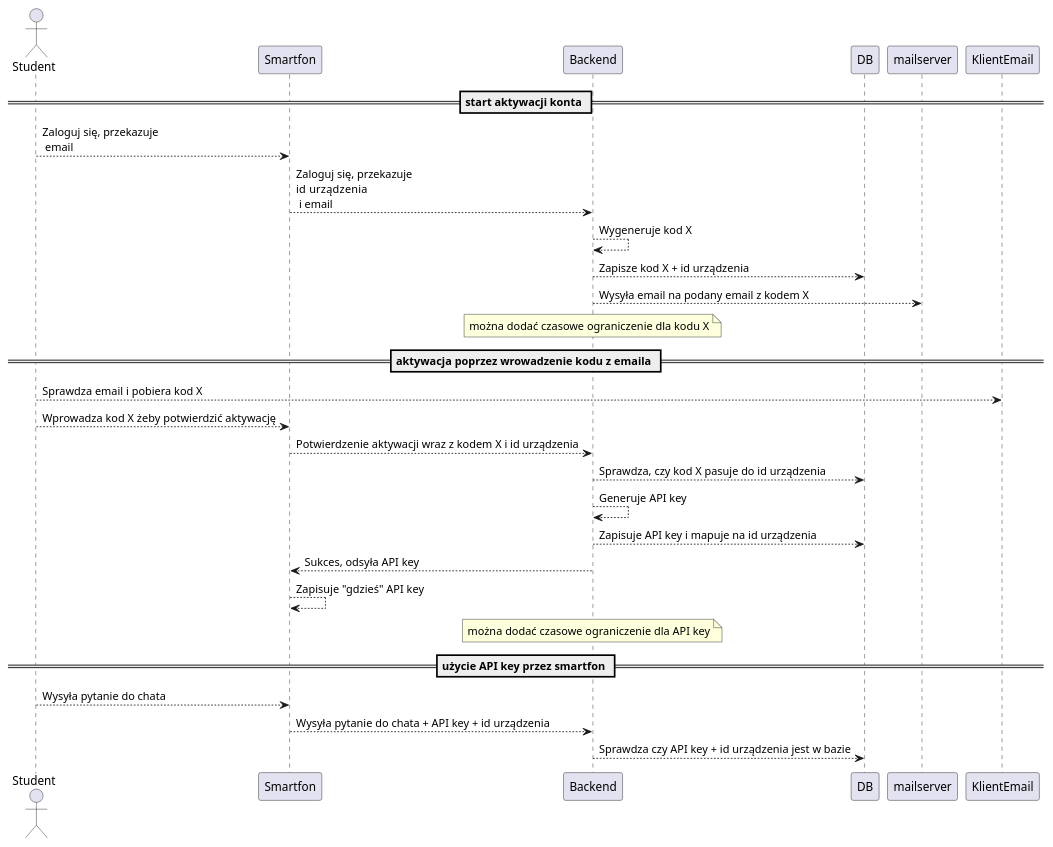
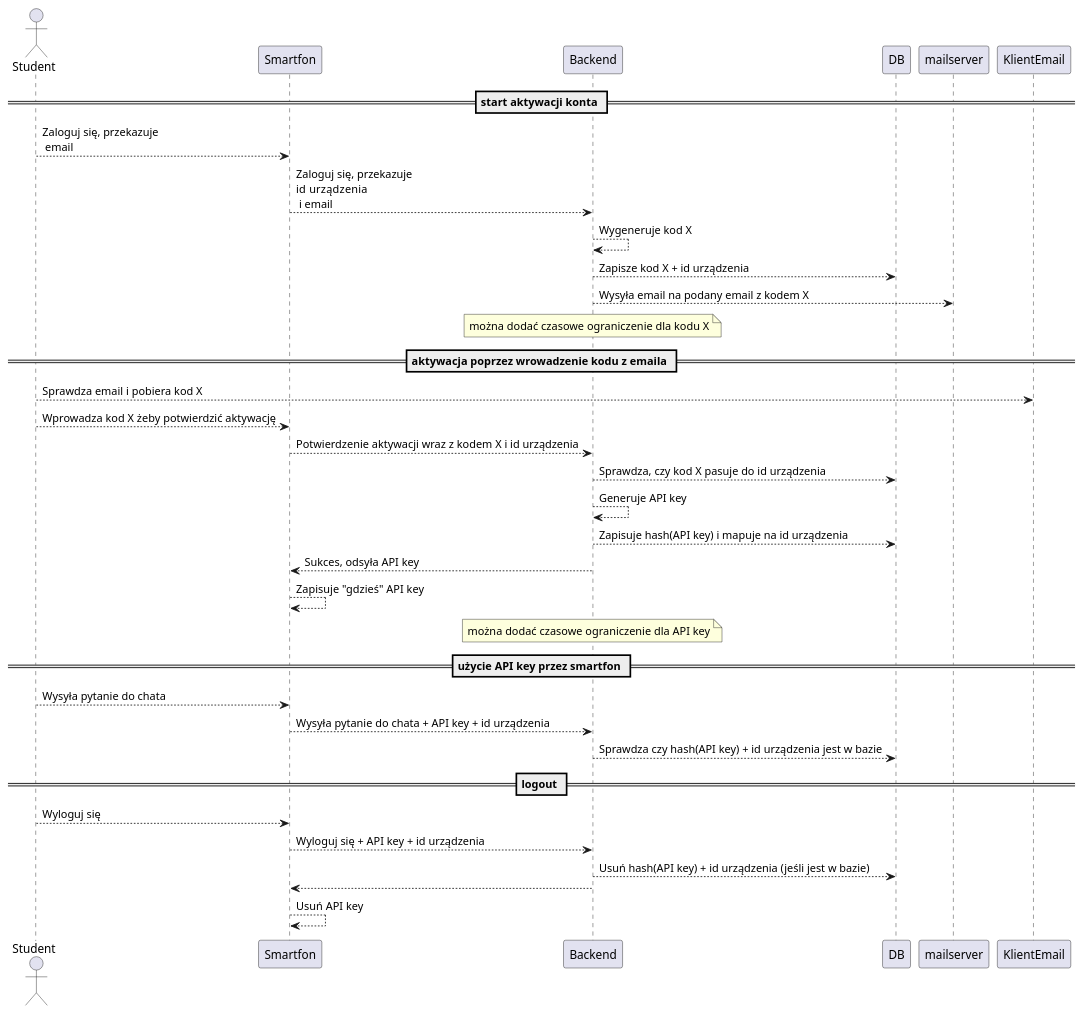
Before and after one commit to Nyzio229/Asystent-Wydzialowy-WMII: the diagram in docs/diagrams/scenario-authorization-flow.md, drawn with PlantUML.

Commit message:
Doc: Add scenarios

````diff
--- a/docs/diagrams/scenario-authorization-flow.md
+++ b/docs/diagrams/scenario-authorization-flow.md
@@ -1,48 +1,60 @@
 ```plantuml
 @startuml
 actor Student
 
 == start aktywacji konta ==
 
 Student --> Smartfon: Zaloguj się, przekazuje\n email
 
 Smartfon --> Backend: Zaloguj się, przekazuje\nid  urządzenia\n i email
 
 Backend --> Backend: Wygeneruje kod X
 
 Backend --> DB: Zapisze kod X + id urządzenia
 
 Backend --> mailserver: Wysyła email na podany email z kodem X
 
 note over Backend: można dodać czasowe ograniczenie dla kodu X
 
 == aktywacja poprzez wrowadzenie kodu z emaila ==
 
 Student --> KlientEmail: Sprawdza email i pobiera kod X
 
 Student --> Smartfon: Wprowadza kod X żeby potwierdzić aktywację
 
 Smartfon --> Backend: Potwierdzenie aktywacji wraz z kodem X i id urządzenia
 
 Backend --> DB: Sprawdza, czy kod X pasuje do id urządzenia
 
 Backend --> Backend: Generuje API key
 
-Backend --> DB: Zapisuje API key i mapuje na id urządzenia
+Backend --> DB: Zapisuje hash(API key) i mapuje na id urządzenia
 
 Backend --> Smartfon: Sukces, odsyła API key
 
 Smartfon --> Smartfon: Zapisuje "gdzieś" API key
 
 note over Backend: można dodać czasowe ograniczenie dla API key
 
 == użycie API key przez smartfon ==
 
 Student --> Smartfon: Wysyła pytanie do chata
 
 Smartfon --> Backend: Wysyła pytanie do chata + API key + id urządzenia
 
-Backend --> DB: Sprawdza czy API key + id urządzenia jest w bazie
+Backend --> DB: Sprawdza czy hash(API key) + id urządzenia jest w bazie
+
+== logout ==
+
+Student --> Smartfon: Wyloguj się
+
+Smartfon --> Backend: Wyloguj się + API key + id urządzenia
+
+Backend --> DB: Usuń hash(API key) + id urządzenia (jeśli jest w bazie)
+
+Backend --> Smartfon
+
+Smartfon --> Smartfon: Usuń API key
 
 @enduml
 ```
````
